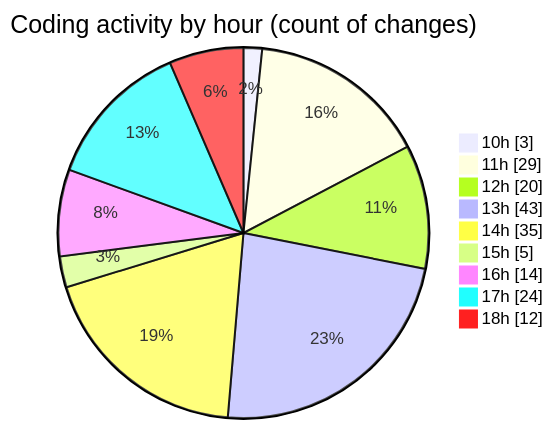
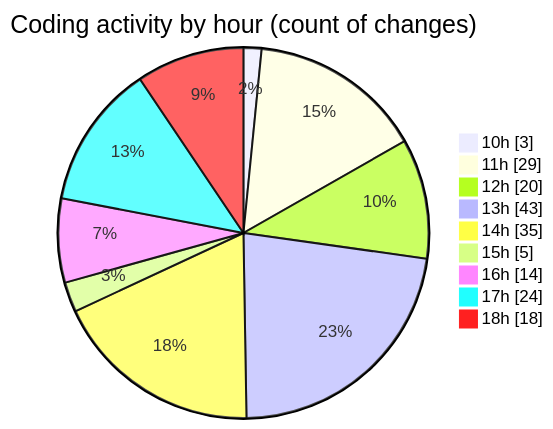
The second of 2 diagrams in 2025-08-14/ribbon/README.md (EIIisD/code-tracking), drawn with Mermaid before and after one commit. The commit also changed other lines of this file and 1 other file, not shown here.

````diff
--- a/2025-08-14/ribbon/README.md
+++ b/2025-08-14/ribbon/README.md
@@ -42,13 +44,13 @@
 ```mermaid
 pie showData
 title Coding activity by hour (count of changes)
 "10h" : 3
 "11h" : 29
 "12h" : 20
 "13h" : 43
 "14h" : 35
 "15h" : 5
 "16h" : 14
 "17h" : 24
-"18h" : 12
+"18h" : 18
 ```
````
